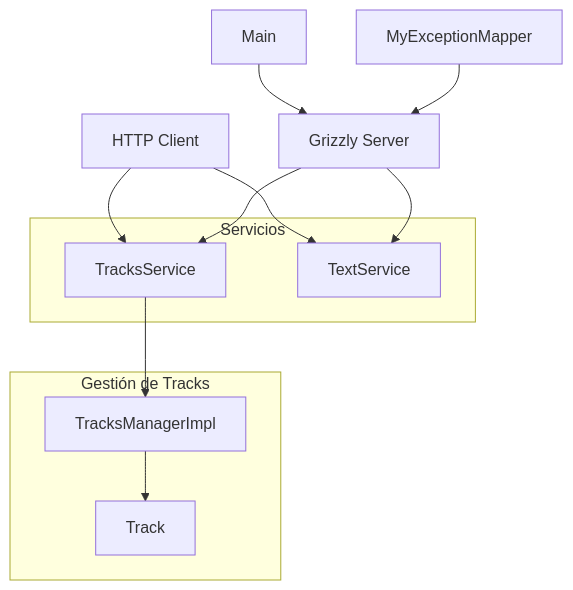
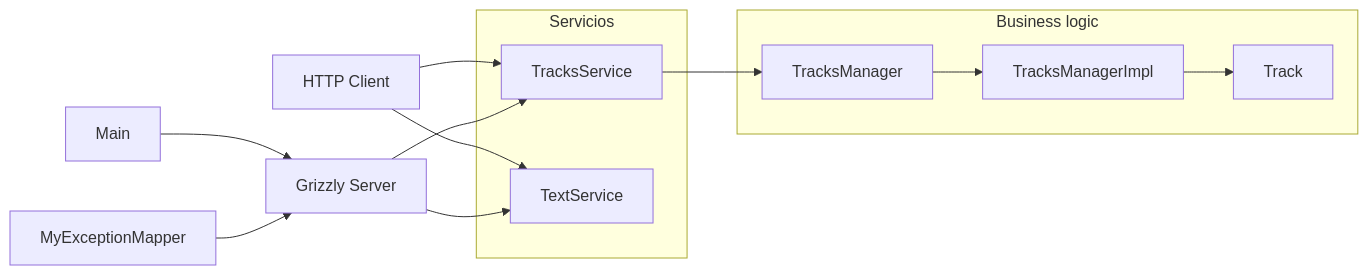
Before and after one commit to EETAC-ENTEL-DSA/rest-example: the second of 2 diagrams in README.md, drawn with Mermaid.

Commit message:
Improvements to the diagram

````diff
--- a/README.md
+++ b/README.md
@@ -19,20 +19,22 @@
 ```mermaid
-graph TD
+graph LR
     subgraph Servicios
         B[TracksService]
         C[TextService]
     end
-    subgraph Gestión de Tracks
+    subgraph Business logic
         B
+        I[TracksManager]
         D[TracksManagerImpl]
         E[Track]
     end
     A[HTTP Client] --> B
     A --> C
-    B --> D
+    B --> I
+    I --> D
     D --> E
     F[Main] --> G[Grizzly Server]
     G --> B
     G --> C
     H[MyExceptionMapper] --> G
 ```
````
